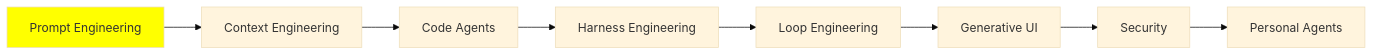
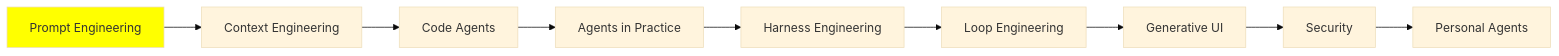
Before and after one commit to lokumai/ai-engineering-bazaar: the second of 2 diagrams in mini-courses/2_intermediate/prompt_engineering.md, drawn with Mermaid (base theme). The commit also changed 51 other files, not shown here.

Commit message:
M68: Agents in Practice for engineers and the first For Everyone module, Claude Duet in Personal Agents, inline logos; M67 review fixes

````diff
--- a/mini-courses/2_intermediate/prompt_engineering.md
+++ b/mini-courses/2_intermediate/prompt_engineering.md
@@ -451,11 +451,12 @@
 ```mermaid
 graph LR
     A[Prompt Engineering] --> B[Context Engineering]
     B --> C[Code Agents]
-    C --> D[Harness Engineering]
-    D --> E[Loop Engineering]
-    E --> F[Generative UI]
-    F --> G[Security]
-    G --> H[Personal Agents]
+    C --> D[Agents in Practice]
+    D --> E[Harness Engineering]
+    E --> F[Loop Engineering]
+    F --> G[Generative UI]
+    G --> H[Security]
+    H --> I[Personal Agents]
     style A fill:#FFFF00
 ```
````
